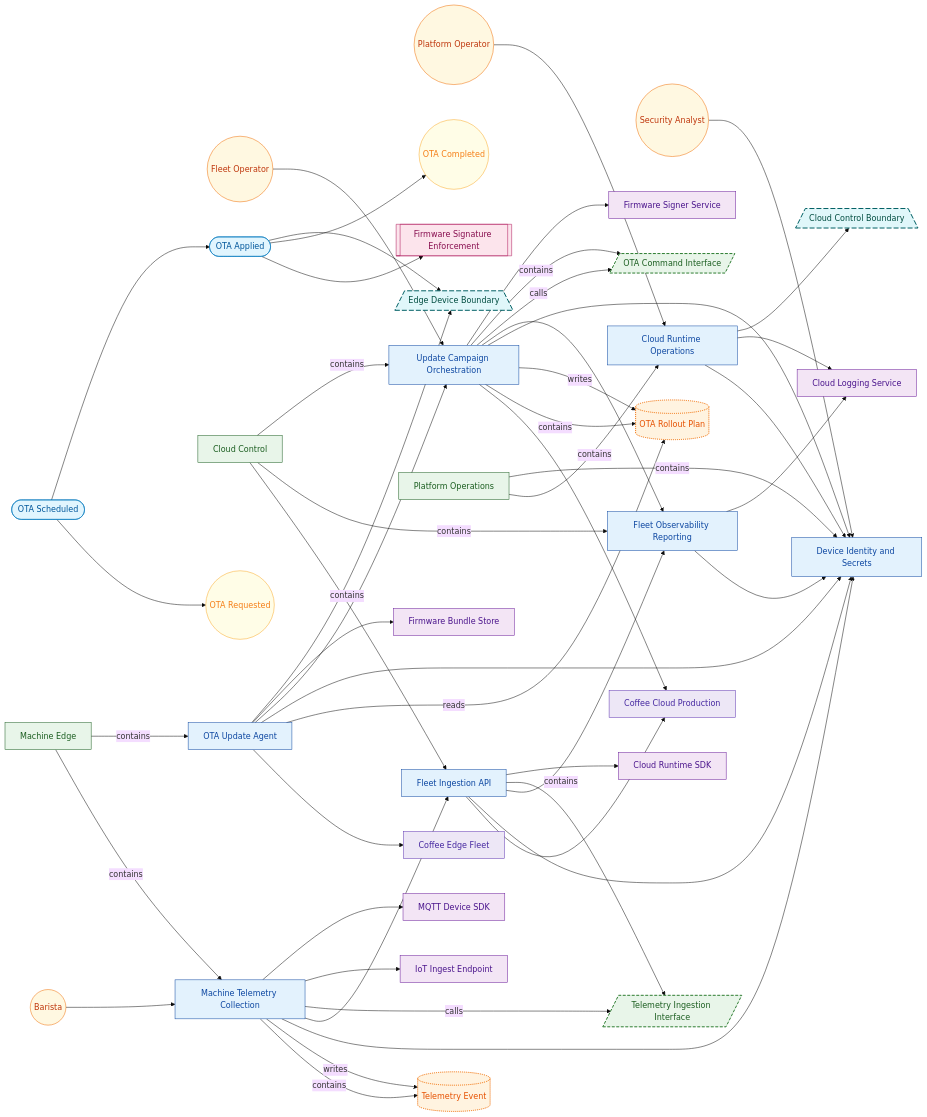
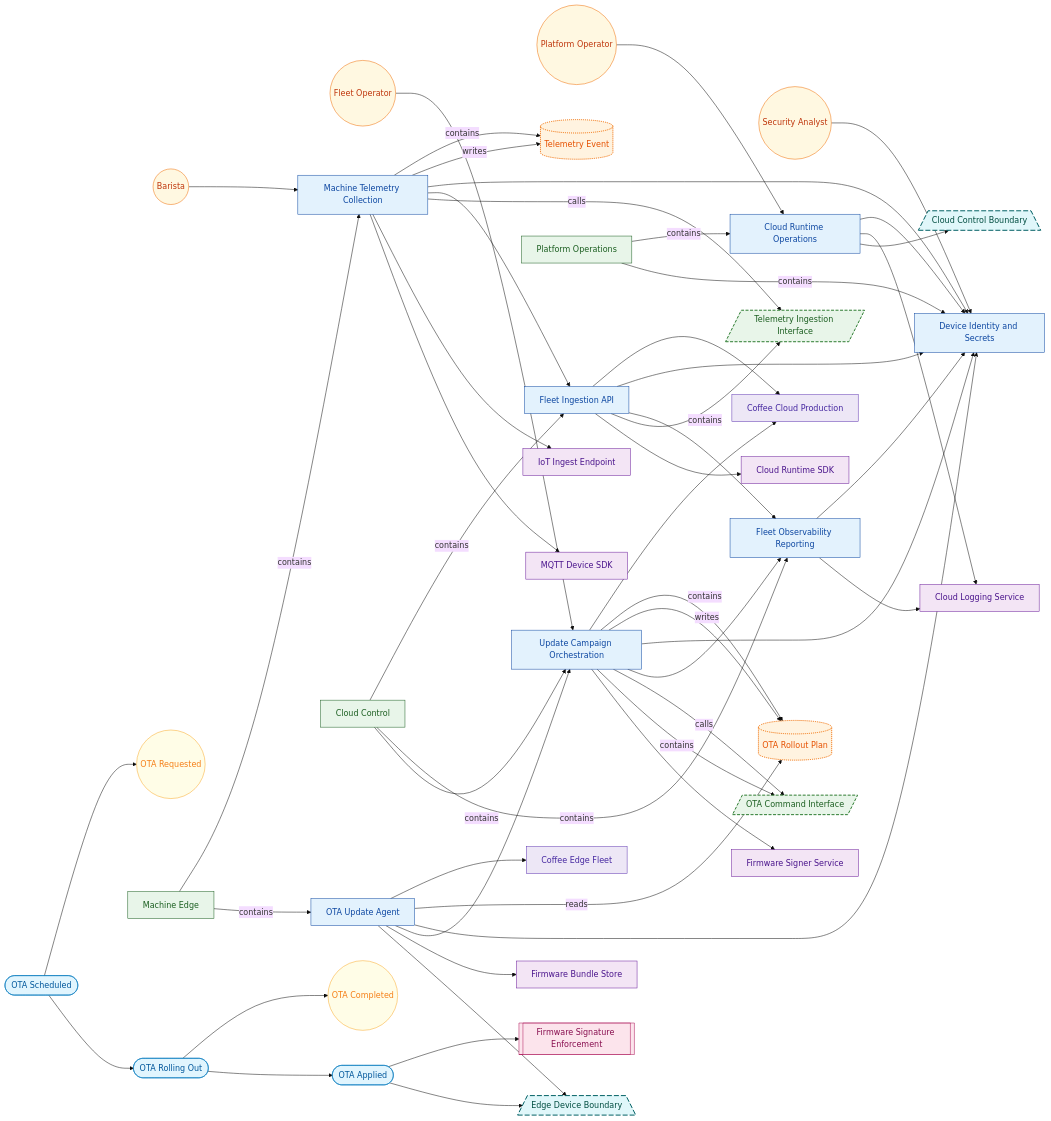
The diagram in examples/coffee-fleet-ota-cloud-sample/generated/VIEW-ARCHITECTURE-INTENT.mmd (labeth/engineering-model-go), drawn with Mermaid (base theme) before and after one commit. The commit also changed 722 other files, not shown here.

```diff
--- a/examples/coffee-fleet-ota-cloud-sample/generated/VIEW-ARCHITECTURE-INTENT.mmd
+++ b/examples/coffee-fleet-ota-cloud-sample/generated/VIEW-ARCHITECTURE-INTENT.mmd
@@ -1,104 +1,106 @@
 %%{init: {"flowchart": {"nodeSpacing": 70, "rankSpacing": 100}}}%%
 flowchart LR
 %% view: VIEW-ARCHITECTURE-INTENT (architecture-intent)
 N_ACT_BARISTA(("Barista")):::actor
 N_ACT_FLEET_OPERATOR(("Fleet Operator")):::actor
 N_ACT_PLATFORM_OPERATOR(("Platform Operator")):::actor
 N_ACT_SECURITY_ANALYST(("Security Analyst")):::actor
 N_CTRL_COFFEE_FIRMWARE_SIGNATURE[["Firmware Signature Enforcement"]]:::control
 N_DO_COFFEE_OTA_PLAN[("OTA Rollout Plan")]:::data_object
 N_DO_COFFEE_TELEMETRY_EVENT[("Telemetry Event")]:::data_object
 N_DEP_COFFEE_CLOUD_PROD["Coffee Cloud Production"]:::deployment_target
 N_DEP_COFFEE_EDGE_FLEET["Coffee Edge Fleet"]:::deployment_target
 N_EVT_COFFEE_OTA_COMPLETED(("OTA Completed")):::event
 N_EVT_COFFEE_OTA_REQUESTED(("OTA Requested")):::event
 N_FG_CLOUD_CONTROL["Cloud Control"]:::functional_group
 N_FG_MACHINE_EDGE["Machine Edge"]:::functional_group
 N_FG_PLATFORM_OPERATIONS["Platform Operations"]:::functional_group
 N_FU_CLOUD_RUNTIME_OPERATIONS["Cloud Runtime Operations"]:::functional_unit
 N_FU_DEVICE_IDENTITY_SECRETS["Device Identity and Secrets"]:::functional_unit
 N_FU_FLEET_INGESTION_API["Fleet Ingestion API"]:::functional_unit
 N_FU_FLEET_OBSERVABILITY_REPORTING["Fleet Observability Reporting"]:::functional_unit
 N_FU_MACHINE_TELEMETRY_COLLECTION["Machine Telemetry Collection"]:::functional_unit
 N_FU_OTA_UPDATE_AGENT["OTA Update Agent"]:::functional_unit
 N_FU_UPDATE_CAMPAIGN_ORCHESTRATION["Update Campaign Orchestration"]:::functional_unit
 N_IF_COFFEE_OTA_COMMAND[/"OTA Command Interface"/]:::interface
 N_IF_COFFEE_TELEMETRY_INGEST[/"Telemetry Ingestion Interface"/]:::interface
 N_REF_CLOUD_LOGGING_SERVICE["Cloud Logging Service"]:::referenced_element
 N_REF_CLOUD_RUNTIME_SDK["Cloud Runtime SDK"]:::referenced_element
 N_REF_FIRMWARE_BUNDLE_STORE["Firmware Bundle Store"]:::referenced_element
 N_REF_FIRMWARE_SIGNER_SERVICE["Firmware Signer Service"]:::referenced_element
 N_REF_IOT_INGEST_ENDPOINT["IoT Ingest Endpoint"]:::referenced_element
 N_REF_MQTT_DEVICE_SDK["MQTT Device SDK"]:::referenced_element
 N_STATE_COFFEE_OTA_APPLIED(["OTA Applied"]):::state
+N_STATE_COFFEE_OTA_ROLLING_OUT(["OTA Rolling Out"]):::state
 N_STATE_COFFEE_OTA_SCHEDULED(["OTA Scheduled"]):::state
 N_TB_COFFEE_CLOUD_CONTROL[/"Cloud Control Boundary"\]:::trust_boundary
 N_TB_COFFEE_EDGE_DEVICE[/"Edge Device Boundary"\]:::trust_boundary
 N_ACT_BARISTA --> N_FU_MACHINE_TELEMETRY_COLLECTION
 N_ACT_FLEET_OPERATOR --> N_FU_UPDATE_CAMPAIGN_ORCHESTRATION
 N_ACT_PLATFORM_OPERATOR --> N_FU_CLOUD_RUNTIME_OPERATIONS
 N_ACT_SECURITY_ANALYST --> N_FU_DEVICE_IDENTITY_SECRETS
 N_FG_CLOUD_CONTROL -->|contains| N_FU_FLEET_INGESTION_API
 N_FG_CLOUD_CONTROL -->|contains| N_FU_FLEET_OBSERVABILITY_REPORTING
 N_FG_CLOUD_CONTROL -->|contains| N_FU_UPDATE_CAMPAIGN_ORCHESTRATION
 N_FG_MACHINE_EDGE -->|contains| N_FU_MACHINE_TELEMETRY_COLLECTION
 N_FG_MACHINE_EDGE -->|contains| N_FU_OTA_UPDATE_AGENT
 N_FG_PLATFORM_OPERATIONS -->|contains| N_FU_CLOUD_RUNTIME_OPERATIONS
 N_FG_PLATFORM_OPERATIONS -->|contains| N_FU_DEVICE_IDENTITY_SECRETS
 N_FU_CLOUD_RUNTIME_OPERATIONS --> N_FU_DEVICE_IDENTITY_SECRETS
 N_FU_CLOUD_RUNTIME_OPERATIONS --> N_REF_CLOUD_LOGGING_SERVICE
 N_FU_CLOUD_RUNTIME_OPERATIONS --> N_TB_COFFEE_CLOUD_CONTROL
 N_FU_FLEET_INGESTION_API --> N_DEP_COFFEE_CLOUD_PROD
 N_FU_FLEET_INGESTION_API --> N_FU_DEVICE_IDENTITY_SECRETS
 N_FU_FLEET_INGESTION_API --> N_FU_FLEET_OBSERVABILITY_REPORTING
 N_FU_FLEET_INGESTION_API -->|contains| N_IF_COFFEE_TELEMETRY_INGEST
 N_FU_FLEET_INGESTION_API --> N_REF_CLOUD_RUNTIME_SDK
 N_FU_FLEET_OBSERVABILITY_REPORTING --> N_FU_DEVICE_IDENTITY_SECRETS
 N_FU_FLEET_OBSERVABILITY_REPORTING --> N_REF_CLOUD_LOGGING_SERVICE
 N_FU_MACHINE_TELEMETRY_COLLECTION -->|contains| N_DO_COFFEE_TELEMETRY_EVENT
 N_FU_MACHINE_TELEMETRY_COLLECTION -->|writes| N_DO_COFFEE_TELEMETRY_EVENT
 N_FU_MACHINE_TELEMETRY_COLLECTION --> N_FU_DEVICE_IDENTITY_SECRETS
 N_FU_MACHINE_TELEMETRY_COLLECTION --> N_FU_FLEET_INGESTION_API
 N_FU_MACHINE_TELEMETRY_COLLECTION -->|calls| N_IF_COFFEE_TELEMETRY_INGEST
 N_FU_MACHINE_TELEMETRY_COLLECTION --> N_REF_IOT_INGEST_ENDPOINT
 N_FU_MACHINE_TELEMETRY_COLLECTION --> N_REF_MQTT_DEVICE_SDK
 N_FU_OTA_UPDATE_AGENT --> N_DEP_COFFEE_EDGE_FLEET
 N_FU_OTA_UPDATE_AGENT -->|reads| N_DO_COFFEE_OTA_PLAN
 N_FU_OTA_UPDATE_AGENT --> N_FU_DEVICE_IDENTITY_SECRETS
 N_FU_OTA_UPDATE_AGENT --> N_FU_UPDATE_CAMPAIGN_ORCHESTRATION
 N_FU_OTA_UPDATE_AGENT --> N_REF_FIRMWARE_BUNDLE_STORE
 N_FU_OTA_UPDATE_AGENT --> N_TB_COFFEE_EDGE_DEVICE
 N_FU_UPDATE_CAMPAIGN_ORCHESTRATION --> N_DEP_COFFEE_CLOUD_PROD
 N_FU_UPDATE_CAMPAIGN_ORCHESTRATION -->|contains| N_DO_COFFEE_OTA_PLAN
 N_FU_UPDATE_CAMPAIGN_ORCHESTRATION -->|writes| N_DO_COFFEE_OTA_PLAN
 N_FU_UPDATE_CAMPAIGN_ORCHESTRATION --> N_FU_DEVICE_IDENTITY_SECRETS
 N_FU_UPDATE_CAMPAIGN_ORCHESTRATION --> N_FU_FLEET_OBSERVABILITY_REPORTING
 N_FU_UPDATE_CAMPAIGN_ORCHESTRATION -->|calls| N_IF_COFFEE_OTA_COMMAND
 N_FU_UPDATE_CAMPAIGN_ORCHESTRATION -->|contains| N_IF_COFFEE_OTA_COMMAND
 N_FU_UPDATE_CAMPAIGN_ORCHESTRATION --> N_REF_FIRMWARE_SIGNER_SERVICE
 N_STATE_COFFEE_OTA_APPLIED --> N_CTRL_COFFEE_FIRMWARE_SIGNATURE
-N_STATE_COFFEE_OTA_APPLIED --> N_EVT_COFFEE_OTA_COMPLETED
 N_STATE_COFFEE_OTA_APPLIED --> N_TB_COFFEE_EDGE_DEVICE
+N_STATE_COFFEE_OTA_ROLLING_OUT --> N_EVT_COFFEE_OTA_COMPLETED
+N_STATE_COFFEE_OTA_ROLLING_OUT --> N_STATE_COFFEE_OTA_APPLIED
 N_STATE_COFFEE_OTA_SCHEDULED --> N_EVT_COFFEE_OTA_REQUESTED
-N_STATE_COFFEE_OTA_SCHEDULED --> N_STATE_COFFEE_OTA_APPLIED
+N_STATE_COFFEE_OTA_SCHEDULED --> N_STATE_COFFEE_OTA_ROLLING_OUT
 classDef system_boundary fill:#f5f5f5,stroke:#424242,stroke-width:2px,color:#212121;
 classDef functional_group fill:#e8f5e9,stroke:#1b5e20,stroke-width:1px,color:#1b5e20;
 classDef functional_unit fill:#e3f2fd,stroke:#0d47a1,stroke-width:1px,color:#0d47a1;
 classDef actor fill:#fff8e1,stroke:#ef6c00,stroke-width:1px,color:#bf360c;
 classDef attack_vector fill:#ffebee,stroke:#b71c1c,stroke-width:1px,color:#7f0000;
 classDef referenced_element fill:#f3e5f5,stroke:#6a1b9a,stroke-width:1px,color:#4a148c;
 classDef interface fill:#e8f5e9,stroke:#2e7d32,stroke-width:2px,stroke-dasharray: 6 3,color:#1b5e20;
 classDef data_object fill:#fff3e0,stroke:#ef6c00,stroke-width:2px,stroke-dasharray: 2 2,color:#e65100;
 classDef deployment_target fill:#ede7f6,stroke:#5e35b1,stroke-width:1px,color:#4527a0;
 classDef control fill:#fce4ec,stroke:#ad1457,stroke-width:1px,color:#880e4f;
 classDef trust_boundary fill:#e0f7fa,stroke:#006064,stroke-width:2px,stroke-dasharray: 10 4,color:#004d40;
 classDef state fill:#e1f5fe,stroke:#0277bd,stroke-width:1px,color:#01579b;
 classDef event fill:#fffde7,stroke:#f9a825,stroke-width:1px,color:#f57f17;
 classDef flow fill:#ede7f6,stroke:#4527a0,stroke-width:2px,color:#311b92;
 classDef flow_step fill:#f1f8e9,stroke:#33691e,stroke-width:2px,color:#1b5e20;
 classDef requirement fill:#fffde7,stroke:#f9a825,stroke-width:1px,color:#7f6000;
 classDef verification fill:#fce4ec,stroke:#ad1457,stroke-width:1px,color:#880e4f;
 classDef runtime_element fill:#b2ebf2,stroke:#00838f,stroke-width:1px,color:#006064;
 classDef deployment_element fill:#d7ccc8,stroke:#4e342e,stroke-width:1px,color:#2f1b14;
 classDef code_element fill:#eeeeee,stroke:#616161,stroke-width:1px,color:#212121;
 classDef unknown fill:#ffffff,stroke:#adb5bd,stroke-width:1px,color:#4f5b62;
```
